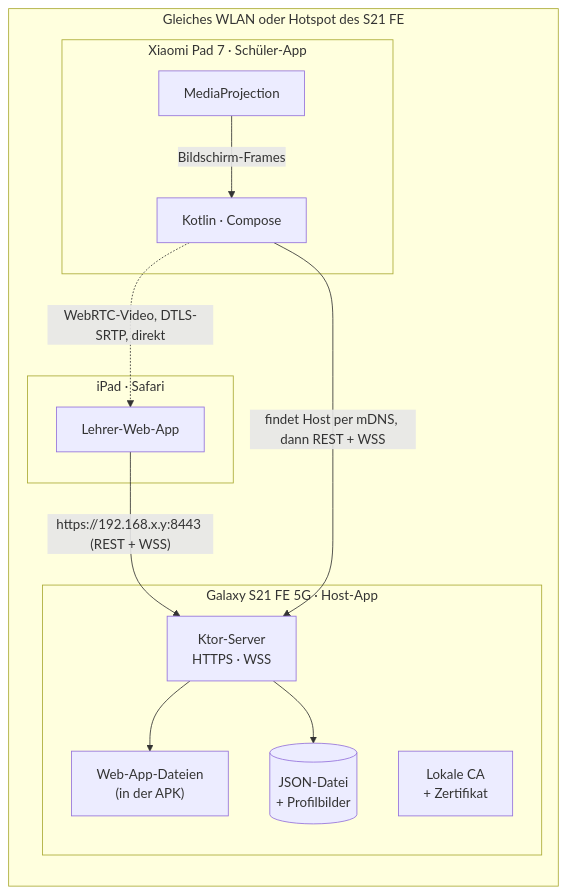
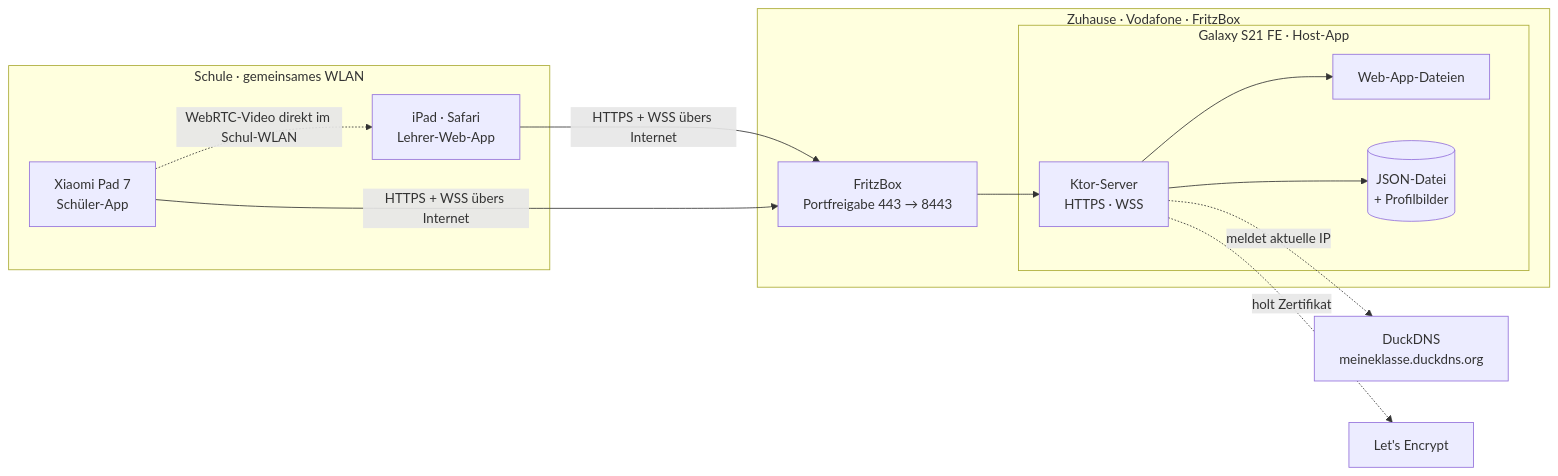
One commit to realcraftguy-com/Classview changed the first of 8 diagrams in docs/architecture.md. Above: the diagram before and after it, drawn with Mermaid. The commit also changed other lines of this file and 3 other files, not shown here.

First line of the commit message:
Phase 1 Rev. 3: S21 FE zuhause, Erreichbarkeit uebers Internet

````diff
--- a/docs/architecture.md
+++ b/docs/architecture.md
@@ -24,25 +24,28 @@
 ```mermaid
 flowchart LR
-    subgraph NET["Gleiches WLAN oder Hotspot des S21 FE"]
-        subgraph HOST["Galaxy S21 FE 5G · Host-App"]
+    subgraph HOME["Zuhause · Vodafone · FritzBox"]
+        FB["FritzBox<br/>Portfreigabe 443 → 8443"]
+        subgraph HOST["Galaxy S21 FE · Host-App"]
             K["Ktor-Server<br/>HTTPS · WSS"]
-            WA["Web-App-Dateien<br/>(in der APK)"]
+            WA["Web-App-Dateien"]
             ST[("JSON-Datei<br/>+ Profilbilder")]
-            CA["Lokale CA<br/>+ Zertifikat"]
-        end
-        subgraph IPAD["iPad · Safari"]
-            W["Lehrer-Web-App"]
-        end
-        subgraph PAD["Xiaomi Pad 7 · Schüler-App"]
-            A["Kotlin · Compose"]
-            M["MediaProjection"]
         end
     end
 
-    W -->|"https://192.168.x.y:8443 (REST + WSS)"| K
-    A -->|"findet Host per mDNS, dann REST + WSS"| K
+    DNS["DuckDNS<br/>meineklasse.duckdns.org"]
+    LE["Let's Encrypt"]
+
+    subgraph SCHOOL["Schule · gemeinsames WLAN"]
+        W["iPad · Safari<br/>Lehrer-Web-App"]
+        A["Xiaomi Pad 7<br/>Schüler-App"]
+    end
+
+    W -->|"HTTPS + WSS übers Internet"| FB
+    A -->|"HTTPS + WSS übers Internet"| FB
+    FB --> K
     K --> WA
     K --> ST
-    M -->|"Bildschirm-Frames"| A
-    A -.->|"WebRTC-Video, DTLS-SRTP, direkt"| W
+    K -.->|"meldet aktuelle IP"| DNS
+    K -.->|"holt Zertifikat"| LE
+    A -.->|"WebRTC-Video direkt im Schul-WLAN"| W
 ```
````
